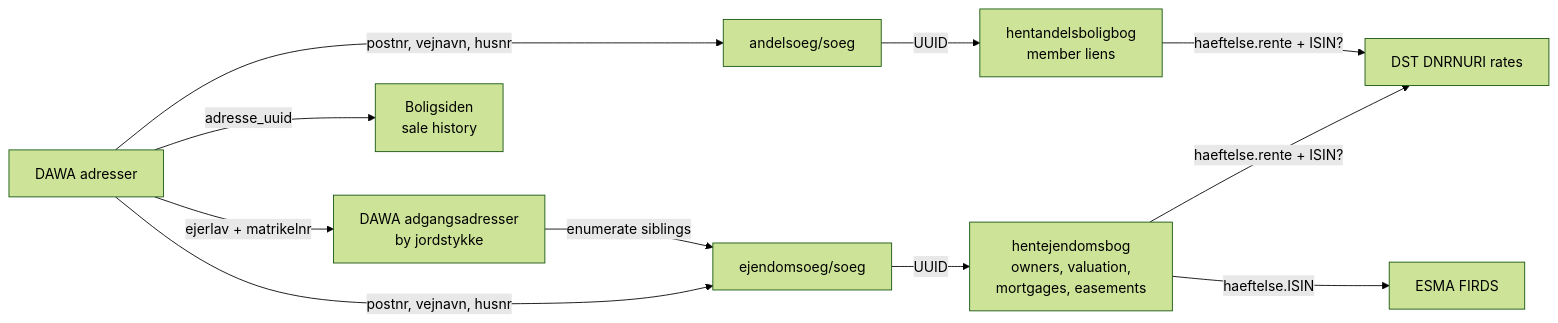
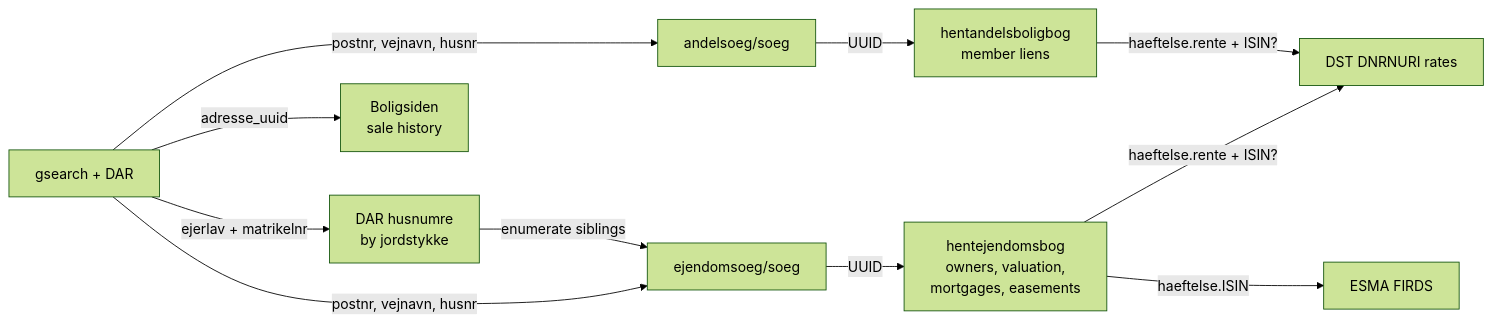
Before and after one commit to Doessing/nosynabo: the third of 4 diagrams in README.md, drawn with Mermaid (forest theme). The commit also changed other lines of this file and 9 other files, not shown here.

First line of the commit message:
feat: replace DAWA with gsearch + Datafordeler GraphQL (#26)

````diff
--- a/README.md
+++ b/README.md
@@ -251,17 +255,17 @@
 ```mermaid
 flowchart LR
-    DAWA[DAWA adresser]
-    DAWA -->|postnr, vejnavn, husnr| ESOEG[ejendomsoeg/soeg]
-    DAWA -->|postnr, vejnavn, husnr| ASOEG[andelsoeg/soeg]
-    DAWA -->|ejerlav + matrikelnr| DAWA2[DAWA adgangsadresser<br/>by jordstykke]
-    DAWA2 -->|enumerate siblings| ESOEG
+    ADDR[gsearch + DAR]
+    ADDR -->|postnr, vejnavn, husnr| ESOEG[ejendomsoeg/soeg]
+    ADDR -->|postnr, vejnavn, husnr| ASOEG[andelsoeg/soeg]
+    ADDR -->|ejerlav + matrikelnr| ADDR2[DAR husnumre<br/>by jordstykke]
+    ADDR2 -->|enumerate siblings| ESOEG
 
     ESOEG -->|UUID| ETING[hentejendomsbog<br/>owners, valuation,<br/>mortgages, easements]
     ASOEG -->|UUID| ABOG[hentandelsboligbog<br/>member liens]
 
-    DAWA -->|adresse_uuid| BOLIG[Boligsiden<br/>sale history]
+    ADDR -->|adresse_uuid| BOLIG[Boligsiden<br/>sale history]
 
     ETING -->|haeftelse.rente + ISIN?| DST[DST DNRNURI rates]
     ETING -->|haeftelse.ISIN| ESMA[ESMA FIRDS]
     ABOG -->|haeftelse.rente + ISIN?| DST
 ```
````
